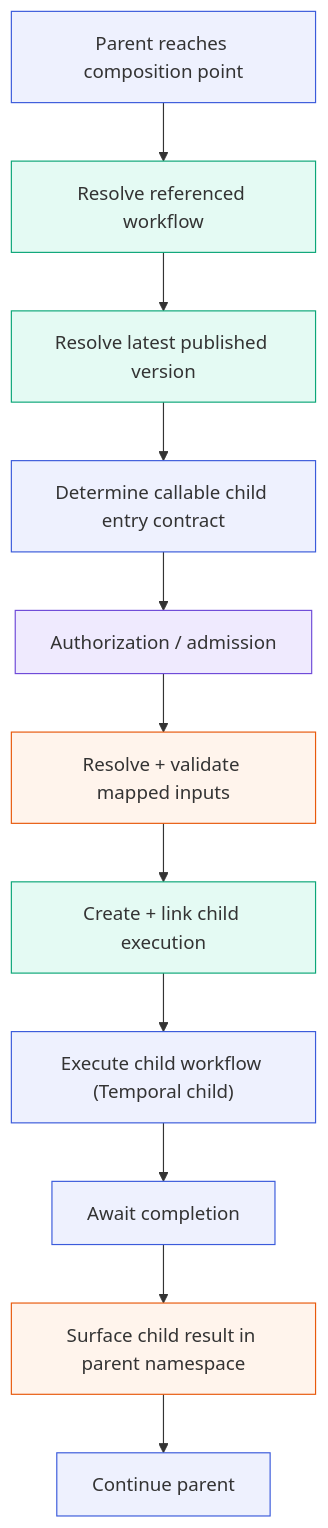
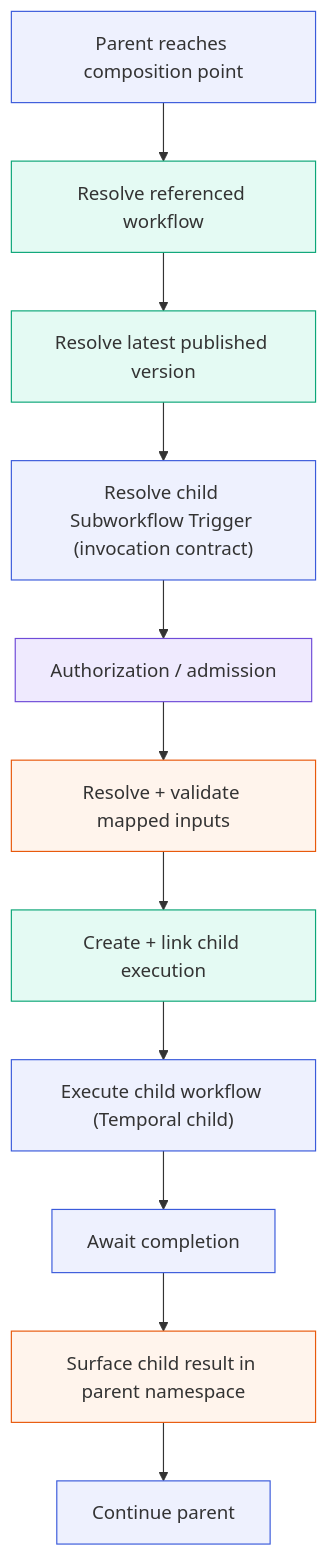
One commit to rohitthakur2590/syntara changed the third of 6 diagrams in backend/docs/workflow-engine/sub-workflow-node.md. Above: the diagram before and after it, drawn with Mermaid. The commit also changed other lines of this file, not shown here.

First line of the commit message:
docs(workflow-engine): reconcile Sub-workflow Node architecture with closed Product decisions

````diff
--- a/backend/docs/workflow-engine/sub-workflow-node.md
+++ b/backend/docs/workflow-engine/sub-workflow-node.md
@@ -235,19 +250,19 @@
 ```mermaid
 graph TB
     S1["Parent reaches composition point"]:::wf
     S2["Resolve referenced workflow"]:::db
     S3["Resolve latest published version"]:::db
-    S4["Determine callable child entry contract"]:::wf
+    S4["Resolve child Subworkflow Trigger (invocation contract)"]:::wf
     S5["Authorization / admission"]:::authz
     S6["Resolve + validate mapped inputs"]:::svc
     S7["Create + link child execution"]:::db
     S8["Execute child workflow (Temporal child)"]:::wf
     S9["Await completion"]:::wf
     S10["Surface child result in parent namespace"]:::svc
     S11["Continue parent"]:::wf
     S1-->S2-->S3-->S4-->S5-->S6-->S7-->S8-->S9-->S10-->S11
     classDef wf fill:#eef1fe,stroke:#3b5bdb;
     classDef db fill:#e4faf3,stroke:#0ca678;
     classDef svc fill:#fff4ec,stroke:#e8590c;
     classDef authz fill:#efeafe,stroke:#6f4bd8;
 ```
````
